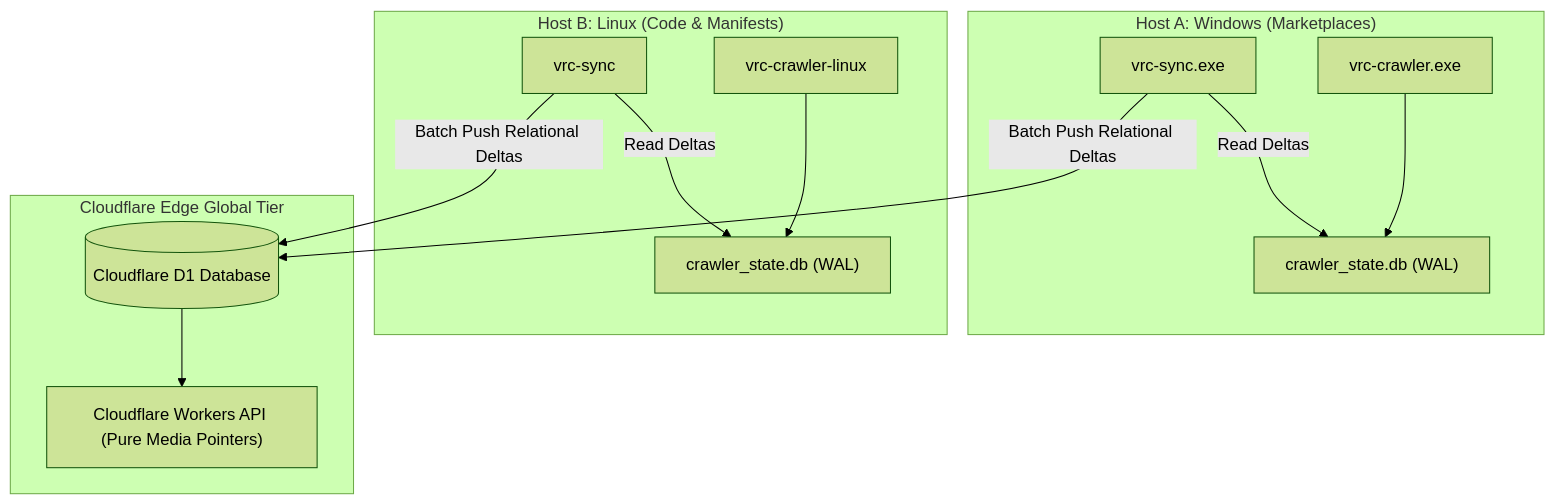
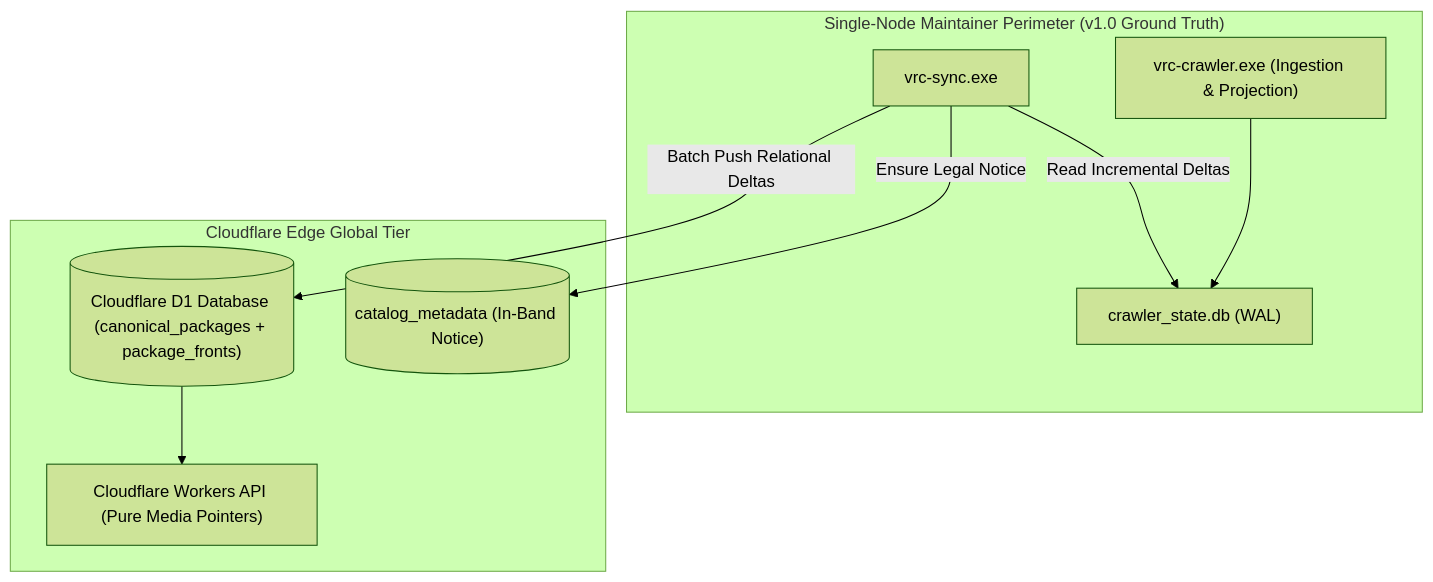
One commit to SlamTheDragon/vrc-package-crawler changed the diagram in docs/EDGE_SYNC_AND_SCALE_GUIDE.md. Above: the diagram before and after it, drawn with Mermaid (forest theme). The commit also changed other lines of this file and 3 other files, not shown here.

````diff
--- a/docs/EDGE_SYNC_AND_SCALE_GUIDE.md
+++ b/docs/EDGE_SYNC_AND_SCALE_GUIDE.md
@@ -151,21 +150,17 @@
 ```mermaid
 flowchart TD
-    subgraph "Host A: Windows (Marketplaces)"
-        W1["vrc-crawler.exe"] --> DB1["crawler_state.db (WAL)"]
-        S1["vrc-sync.exe"] -->|Read Deltas| DB1
-    end
-
-    subgraph "Host B: Linux (Code & Manifests)"
-        W2["vrc-crawler-linux"] --> DB2["crawler_state.db (WAL)"]
-        S2["vrc-sync"] -->|Read Deltas| DB2
+    subgraph "Single-Node Maintainer Perimeter (v1.0 Ground Truth)"
+        W1["vrc-crawler.exe (Ingestion & Projection)"] --> DB1["crawler_state.db (WAL)"]
+        S1["vrc-sync.exe"] -->|Read Incremental Deltas| DB1
     end
 
     subgraph "Cloudflare Edge Global Tier"
-        D1[("Cloudflare D1 Database")]
+        D1[("Cloudflare D1 Database (canonical_packages + package_fronts)")]
+        Meta[("catalog_metadata (In-Band Notice)")]
         Worker["Cloudflare Workers API (Pure Media Pointers)"]
     end
 
     S1 -->|Batch Push Relational Deltas| D1
-    S2 -->|Batch Push Relational Deltas| D1
+    S1 -->|Ensure Legal Notice| Meta
     D1 --> Worker
 ```
````
